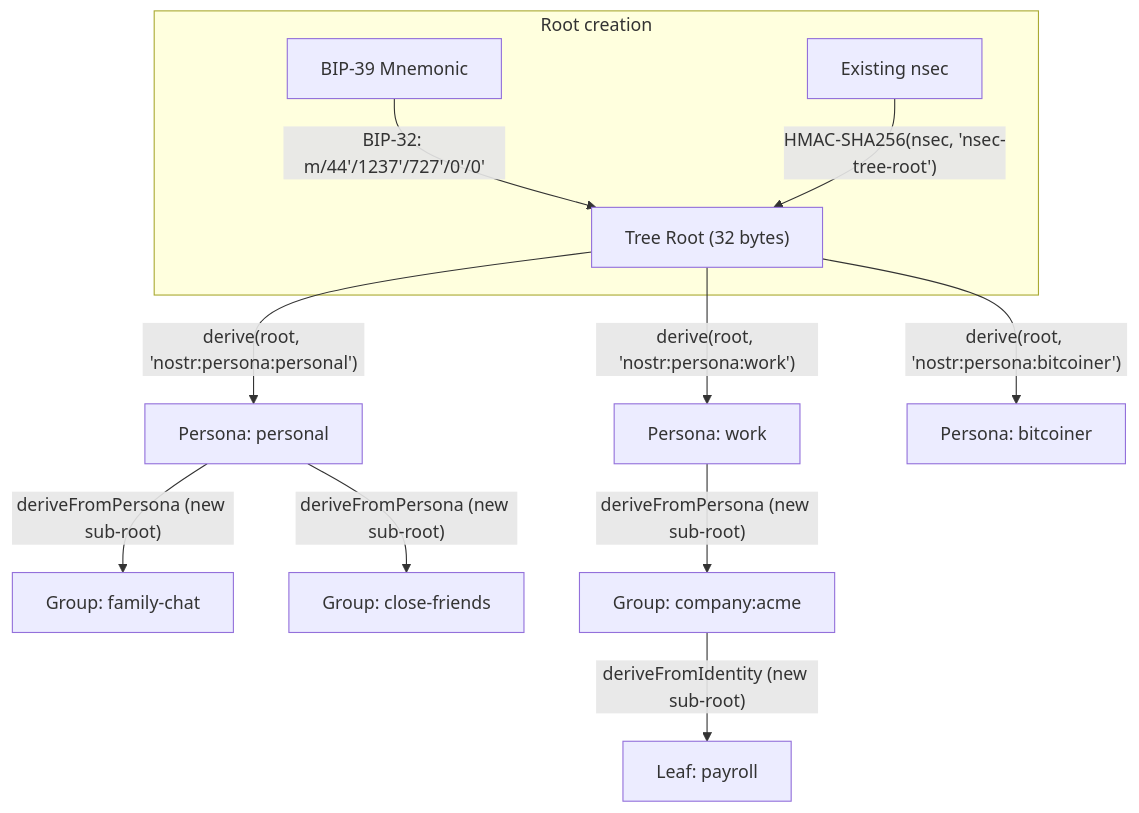
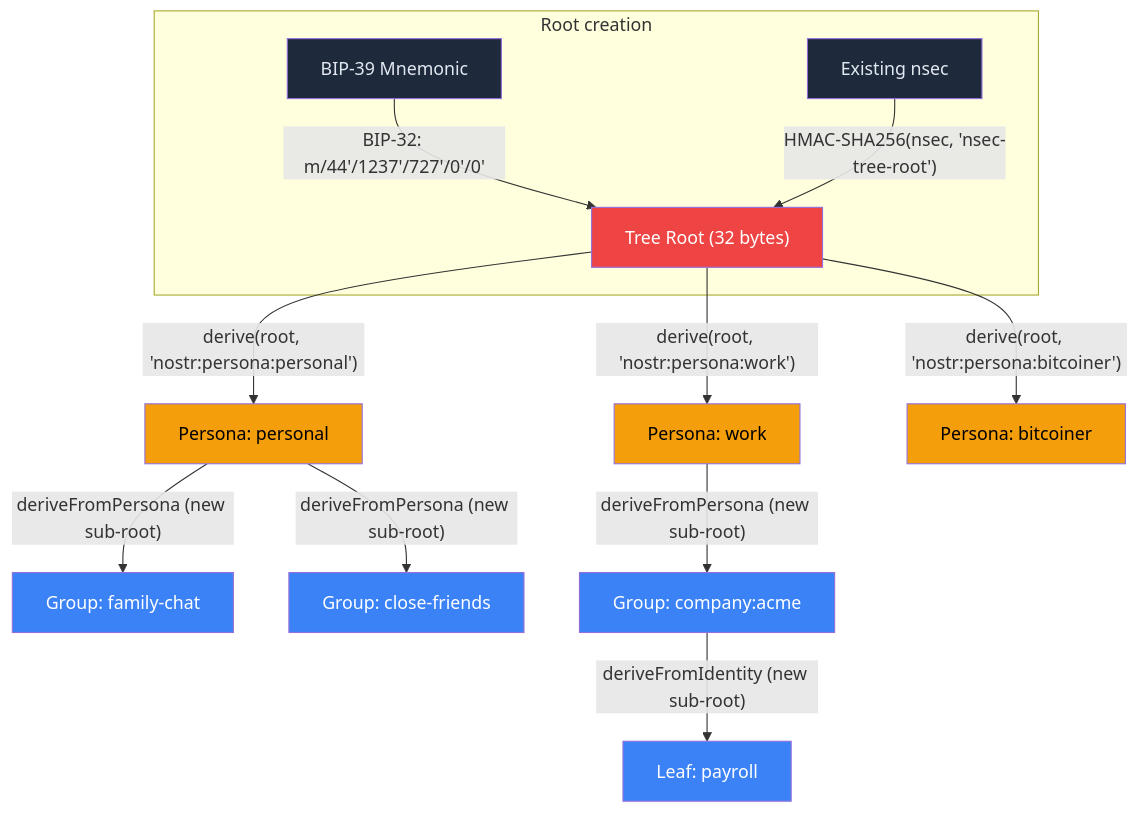
The first of 2 diagrams in ARCHITECTURE.md (forgesworn/nsec-tree), drawn with Mermaid before and after one commit.

Commit message:
style: apply ForgeSworn colour palette to derivation hierarchy
Colours communicate blast radius: red (root, highest risk),
amber (personas, medium), blue (groups/leaves, lowest).

````diff
--- a/ARCHITECTURE.md
+++ b/ARCHITECTURE.md
@@ -11,18 +11,29 @@
 ```mermaid
 graph TB
     subgraph "Root creation"
         MNEMONIC["BIP-39 Mnemonic"] -->|"BIP-32: m/44'/1237'/727'/0'/0'"| ROOT
         NSEC["Existing nsec"] -->|"HMAC-SHA256(nsec, 'nsec-tree-root')"| ROOT
     end
 
     ROOT["Tree Root (32 bytes)"]
 
     ROOT -->|"derive(root, 'nostr:persona:personal')"| P1["Persona: personal"]
     ROOT -->|"derive(root, 'nostr:persona:work')"| P2["Persona: work"]
     ROOT -->|"derive(root, 'nostr:persona:bitcoiner')"| P3["Persona: bitcoiner"]
 
     P1 -->|"deriveFromPersona (new sub-root)"| G1["Group: family-chat"]
     P1 -->|"deriveFromPersona (new sub-root)"| G2["Group: close-friends"]
     P2 -->|"deriveFromPersona (new sub-root)"| G3["Group: company:acme"]
     G3 -->|"deriveFromIdentity (new sub-root)"| L1["Leaf: payroll"]
+
+    style MNEMONIC fill:#1e293b,color:#e2e8f0
+    style NSEC fill:#1e293b,color:#e2e8f0
+    style ROOT fill:#ef4444,color:#fff
+    style P1 fill:#f59e0b,color:#000
+    style P2 fill:#f59e0b,color:#000
+    style P3 fill:#f59e0b,color:#000
+    style G1 fill:#3b82f6,color:#fff
+    style G2 fill:#3b82f6,color:#fff
+    style G3 fill:#3b82f6,color:#fff
+    style L1 fill:#3b82f6,color:#fff
 ```
````
